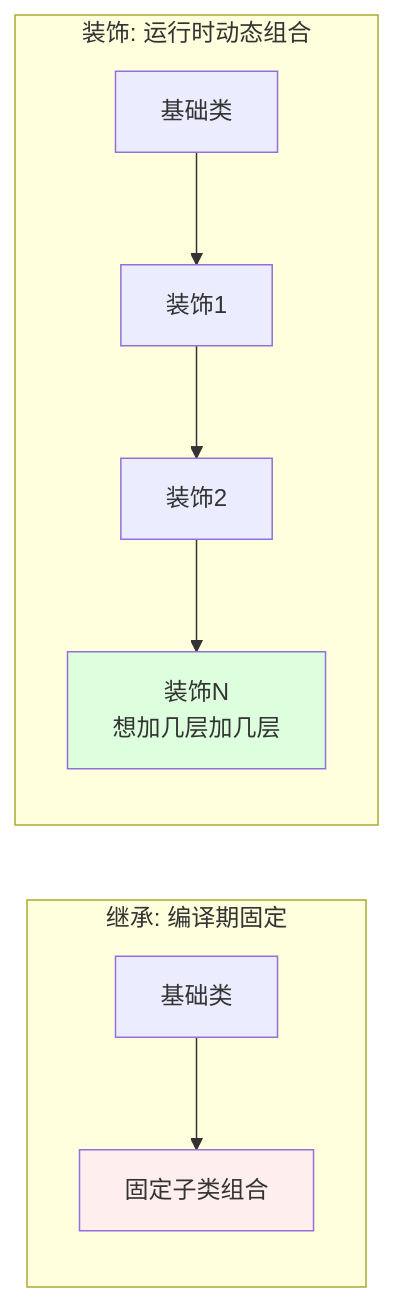
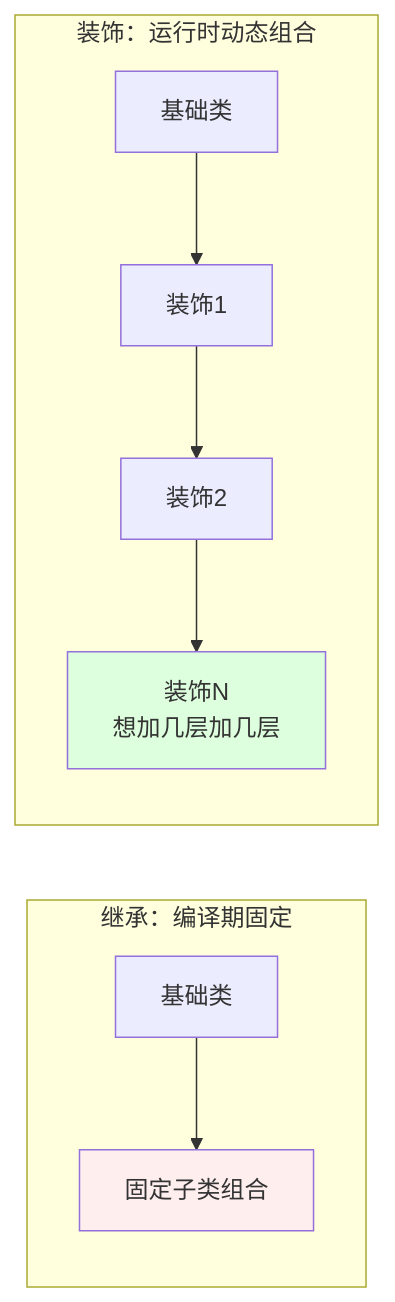
The fourth of 7 diagrams in docs/08.编程/03.巧学设计模式/08.装饰者模式设计思想.md (chongyang211/YCBookBlog), drawn with Mermaid before and after one commit. The commit also changed other lines of this file and 22 other files, not shown here.

````diff
--- a/docs/08.编程/03.巧学设计模式/08.装饰者模式设计思想.md
+++ b/docs/08.编程/03.巧学设计模式/08.装饰者模式设计思想.md
@@ -152,13 +219,13 @@
 ```mermaid
 flowchart LR
-    subgraph 继承[继承: 编译期固定]
+    subgraph 继承[继承：编译期固定]
         A1[基础类] --> B1[固定子类组合]
     end
-    subgraph 装饰[装饰: 运行时动态组合]
+    subgraph 装饰[装饰：运行时动态组合]
         A2[基础类] --> D1[装饰1]
         D1 --> D2[装饰2]
         D2 --> D3[装饰N<br/>想加几层加几层]
     end
     style B1 fill:#fee
     style D3 fill:#dfd
 ```
````
